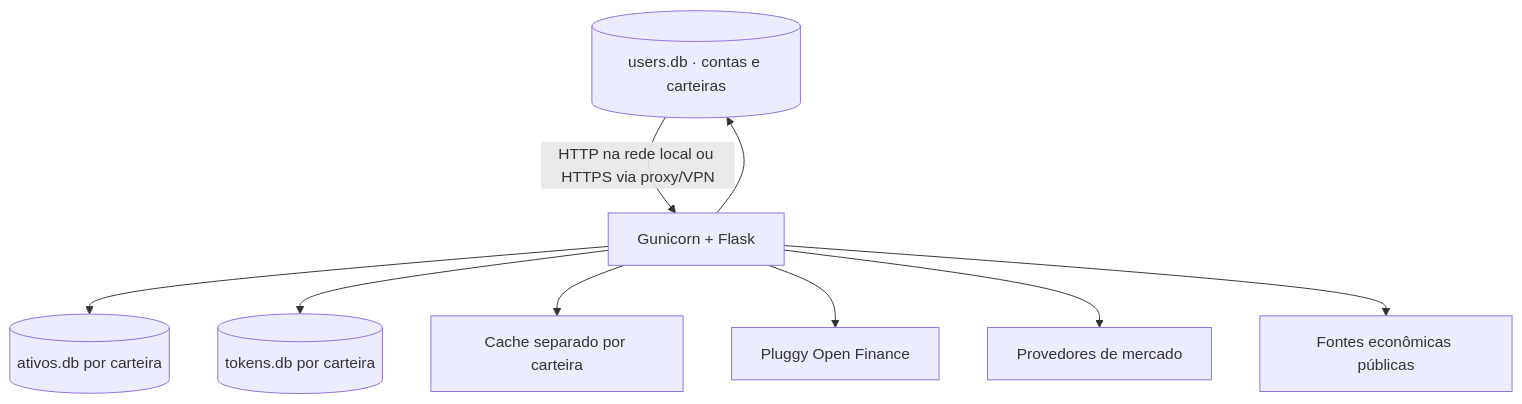
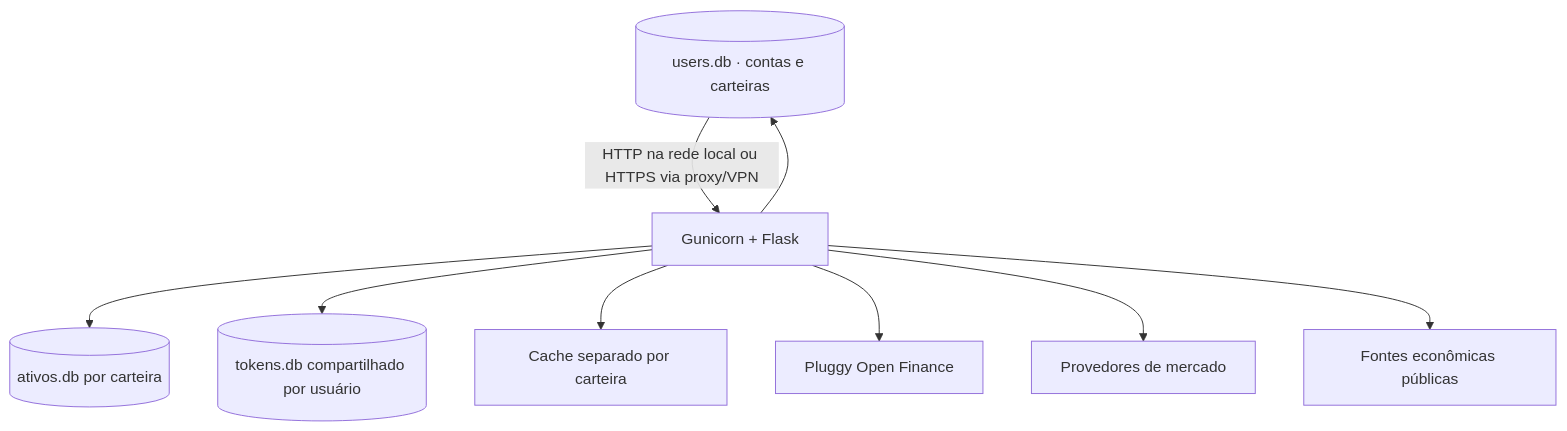
One commit to L0nker/lonely-wallet changed the diagram in README.md. Above: the diagram before and after it, drawn with Mermaid. The commit also changed other lines of this file and 15 other files, not shown here.

````diff
--- a/README.md
+++ b/README.md
@@ -156,11 +163,11 @@
 ```mermaid
 flowchart TD
     U[ navegador do usuário ] -->|HTTP na rede local ou HTTPS via proxy/VPN| W[Gunicorn + Flask]
     W --> U[(users.db · contas e carteiras)]
     W --> A[(ativos.db por carteira)]
-    W --> T[(tokens.db por carteira)]
+    W --> T[(tokens.db compartilhado por usuário)]
     W --> C[Cache separado por carteira]
     W --> P[Pluggy Open Finance]
     W --> M[Provedores de mercado]
     W --> E[Fontes econômicas públicas]
 ```
````
